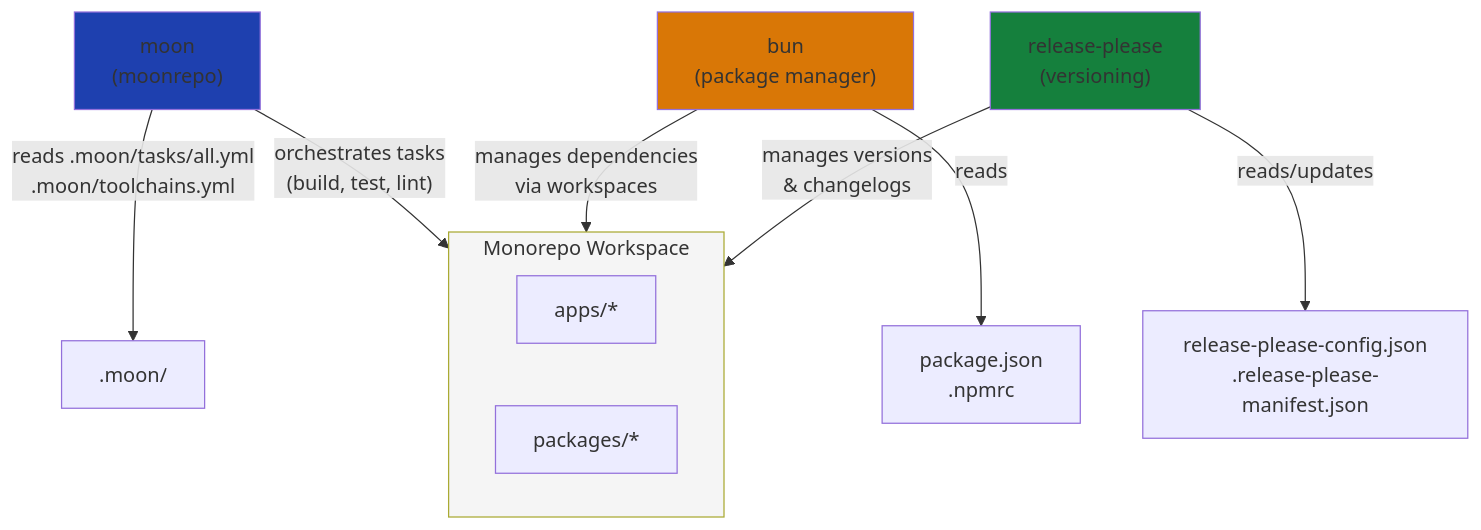
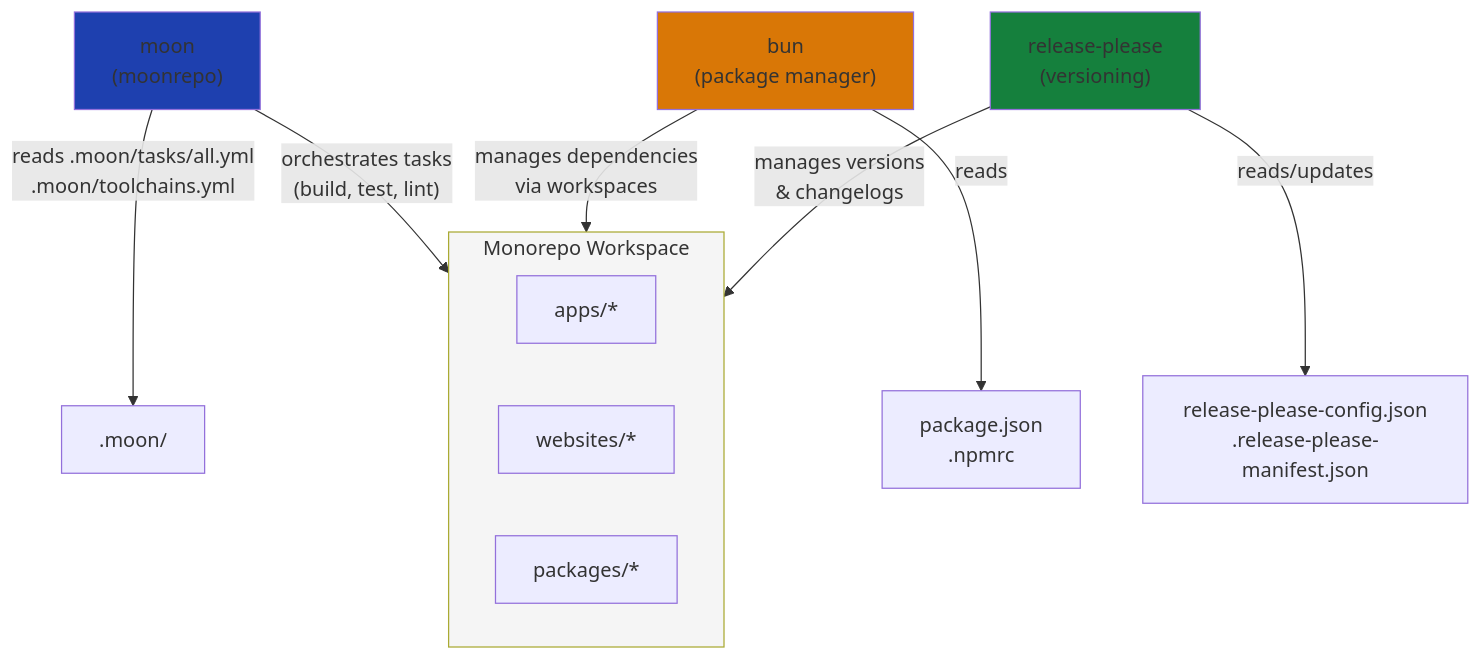
Before and after one commit to andrevandal/websites: the diagram in README.md, drawn with Mermaid. The commit also changed other lines of this file, not shown here.

````diff
--- a/README.md
+++ b/README.md
@@ -13,25 +42,26 @@
 ```mermaid
 graph TB
     subgraph Workspace["Monorepo Workspace"]
         Apps["apps/*"]
+        Websites["websites/*"]
         Packages["packages/*"]
     end
 
     Moon["moon<br/>(moonrepo)"]
     Bun["bun<br/>(package manager)"]
     Release["release-please<br/>(versioning)"]
 
     Moon -->|"orchestrates tasks<br/>(build, test, lint)"| Workspace
     Moon -->|"reads .moon/tasks/all.yml<br/>.moon/toolchains.yml"| Config1[".moon/"]
 
     Bun -->|"manages dependencies<br/>via workspaces"| Workspace
     Bun -->|"reads"| Config2["package.json<br/>.npmrc"]
 
     Release -->|"manages versions<br/>& changelogs"| Workspace
     Release -->|"reads/updates"| Config3["release-please-config.json<br/>.release-please-manifest.json"]
 
     style Moon fill:#1E40AF
     style Bun fill:#D97706
     style Release fill:#15803D
     style Workspace fill:#f5f5f5
 ```
````
